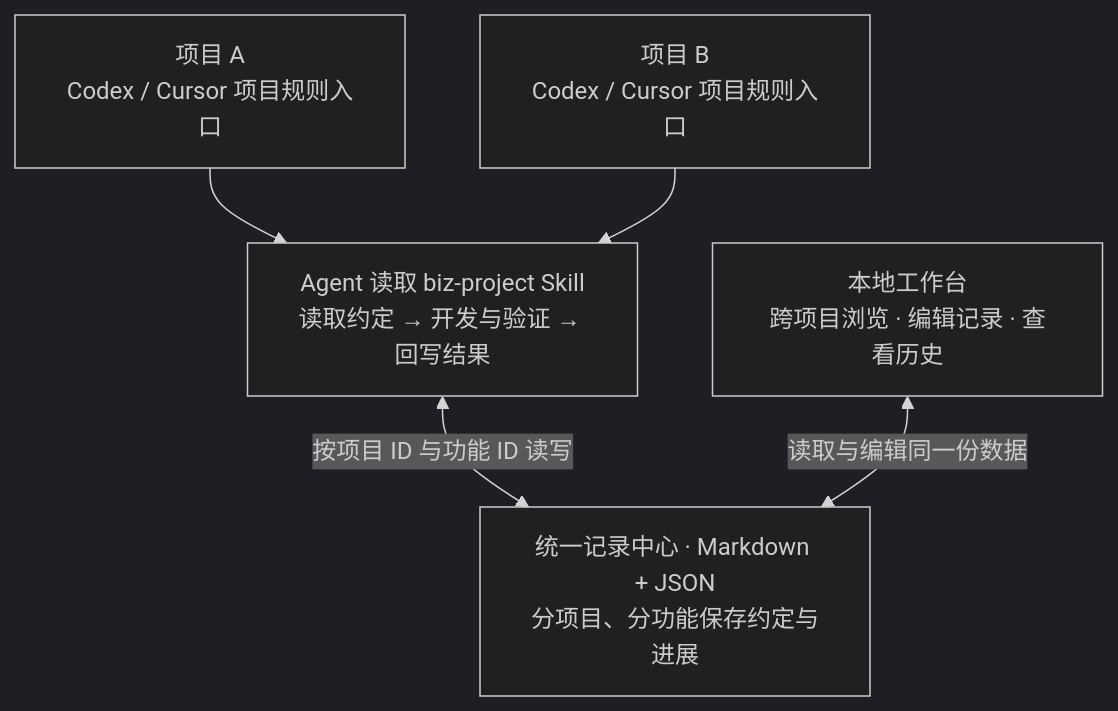
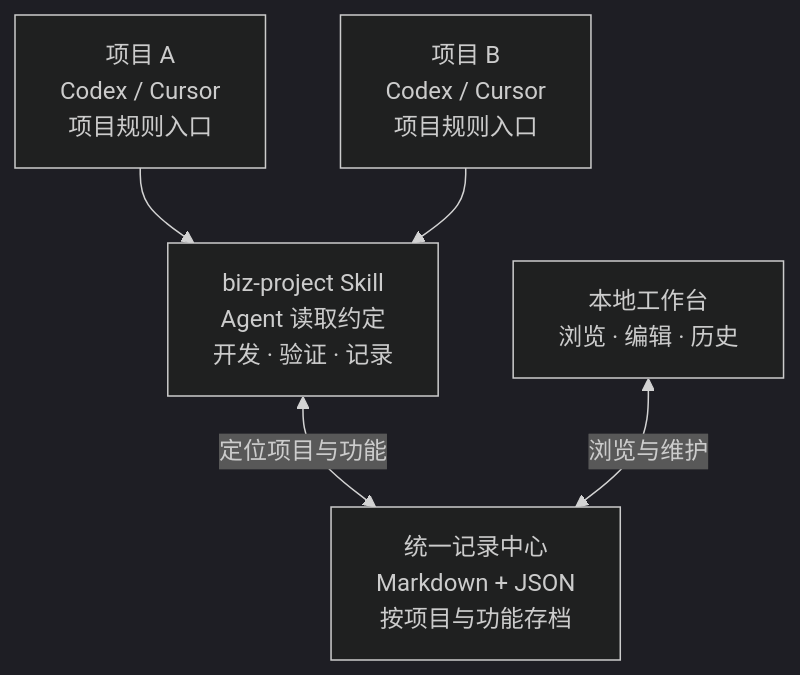
The diagram in README.md (wnagchi/biz-project), drawn with Mermaid (dark theme) before and after one commit.

Commit message:
docs: keep collaboration diagram labels readable on GitHub

````diff
--- a/README.md
+++ b/README.md
@@ -37,12 +37,12 @@
 ```mermaid
 flowchart TB
-    A["项目 A<br/>Codex / Cursor 项目规则入口"]
-    B["项目 B<br/>Codex / Cursor 项目规则入口"]
-    S["Agent 读取 biz-project Skill<br/>读取约定 → 开发与验证 → 回写结果"]
-    R["统一记录中心 · Markdown + JSON<br/>分项目、分功能保存约定与进展"]
-    W["本地工作台<br/>跨项目浏览 · 编辑记录 · 查看历史"]
+    A["项目 A<br/>Codex / Cursor<br/>项目规则入口"]
+    B["项目 B<br/>Codex / Cursor<br/>项目规则入口"]
+    S["biz-project Skill<br/>Agent 读取约定<br/>开发 · 验证 · 记录"]
+    R["统一记录中心<br/>Markdown + JSON<br/>按项目与功能存档"]
+    W["本地工作台<br/>浏览 · 编辑 · 历史"]
     A --> S
     B --> S
-    S <-->|按项目 ID 与功能 ID 读写| R
-    W <-->|读取与编辑同一份数据| R
+    S <-->|定位项目与功能| R
+    W <-->|浏览与维护| R
 ```
````
